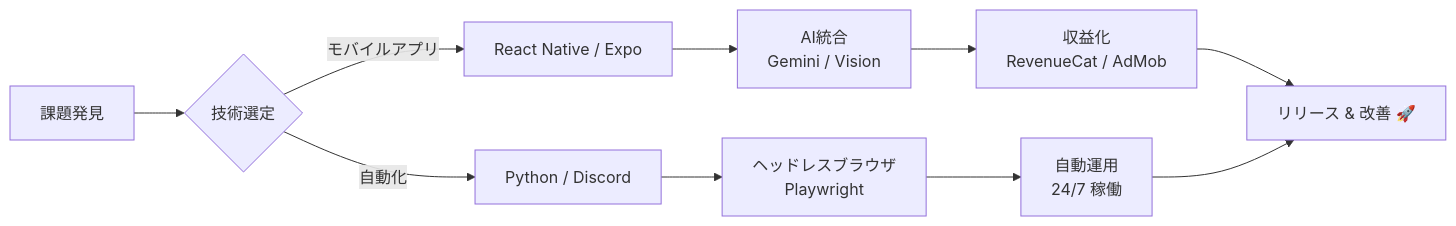
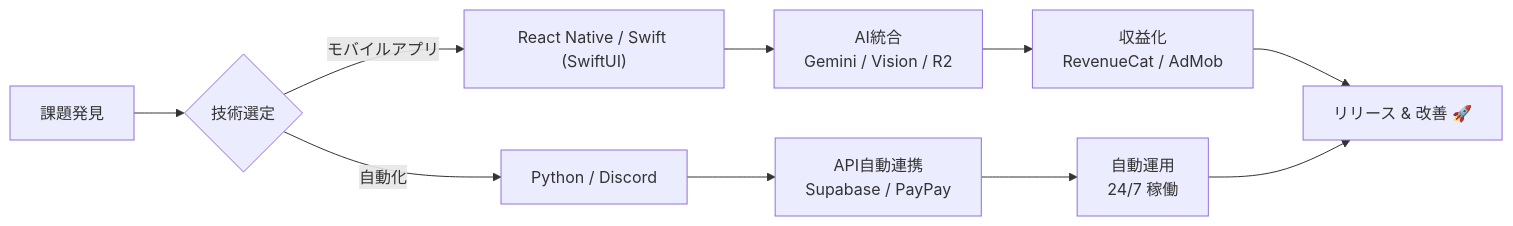
One commit to 41Yr9/41Yr9 changed the diagram in README.md. Above: the diagram before and after it, drawn with Mermaid. The commit also changed other lines of this file, not shown here.

Commit message:
Update About Me and Architecture Diagram to include Swift and fix old tech references

````diff
--- a/README.md
+++ b/README.md
@@ -214,15 +214,15 @@
 ```mermaid
 graph LR
     A[課題発見] --> B{技術選定}
-    B -->|モバイルアプリ| C[React Native / Expo]
+    B -->|モバイルアプリ| C["React Native / Swift (SwiftUI)"]
     B -->|自動化| D[Python / Discord]
     
-    C --> E[AI統合<br>Gemini / Vision]
-    D --> F[ヘッドレスブラウザ<br>Playwright]
+    C --> E[AI統合<br>Gemini / Vision / R2]
+    D --> F[API自動連携<br>Supabase / PayPay]
     
     E --> G[収益化<br>RevenueCat / AdMob]
     F --> H[自動運用<br>24/7 稼働]
     
     G --> I[リリース & 改善 🚀]
     H --> I
 ```
````
